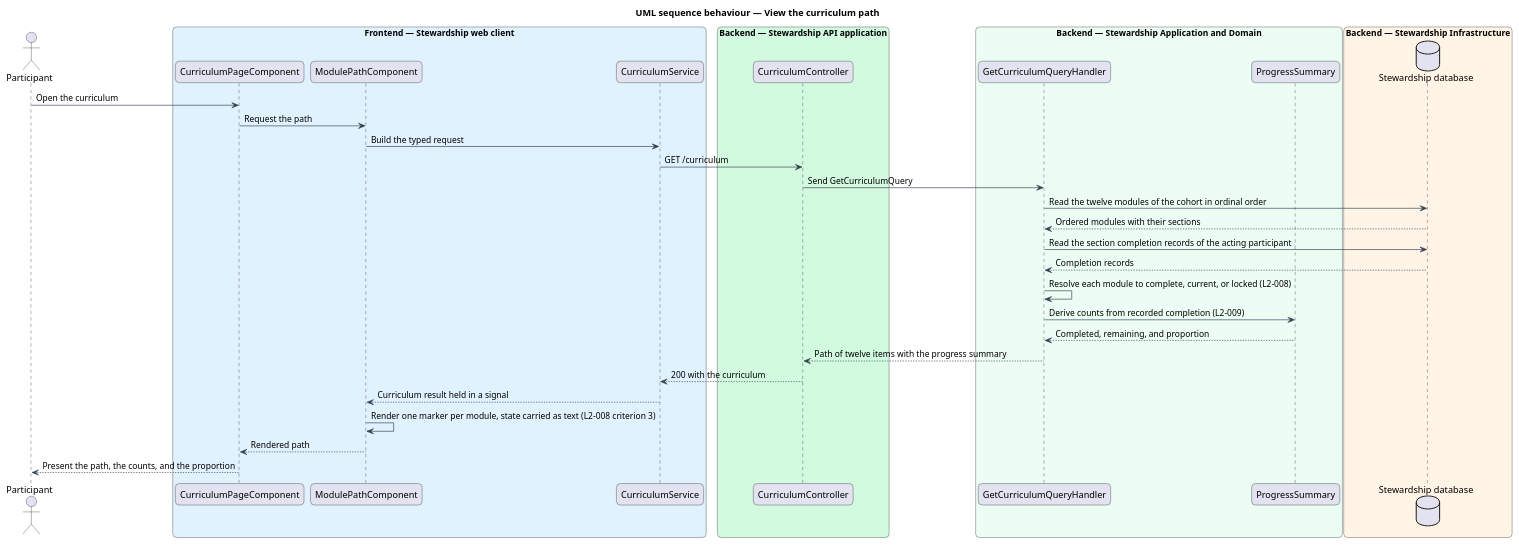
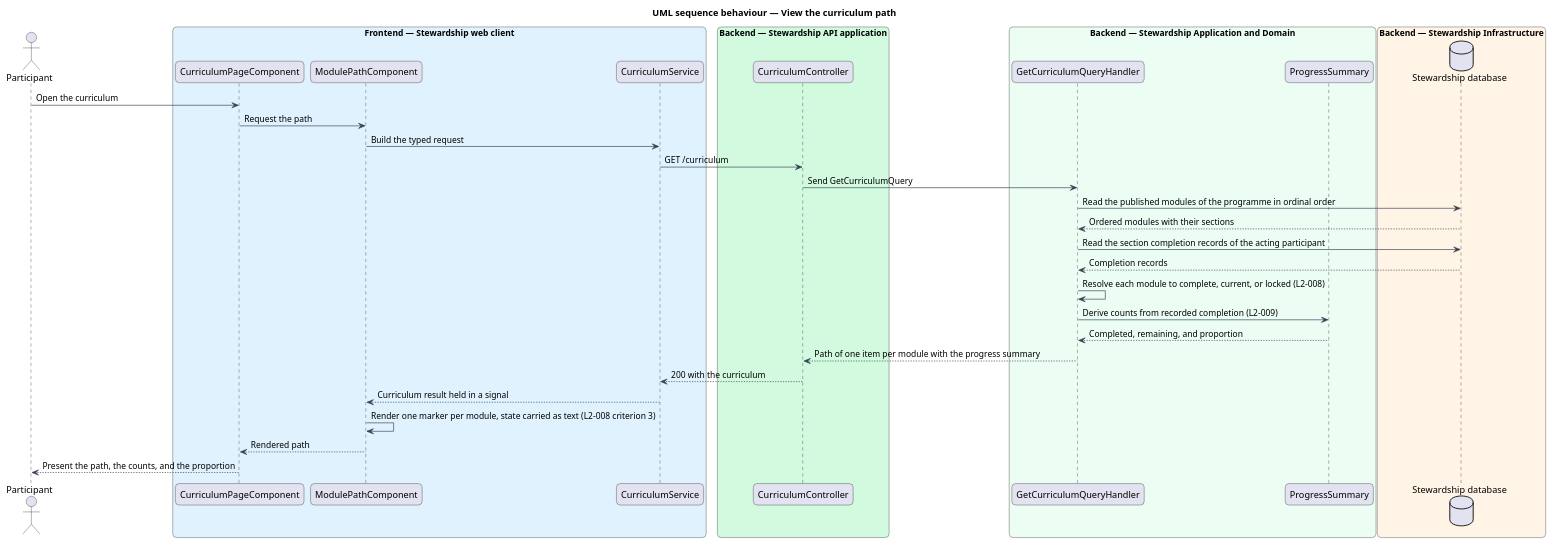
One commit to QuinntyneBrown/quinntyne-brown-stewardship changed the diagram in docs/detailed-designs/curriculum/view-path/diagrams/sequence-view-path.puml. Above: the diagram before and after it, drawn with PlantUML. The commit also changed 85 other files, not shown here.

```diff
--- a/docs/detailed-designs/curriculum/view-path/diagrams/sequence-view-path.puml
+++ b/docs/detailed-designs/curriculum/view-path/diagrams/sequence-view-path.puml
@@ -1,52 +1,52 @@
 @startuml
 title UML sequence behaviour — View the curriculum path
 skinparam backgroundColor #FFFFFF
 skinparam shadowing false
 skinparam roundcorner 12
 skinparam defaultFontName Arial
 skinparam ArrowColor #344054
 skinparam rectangle {
   BorderColor #344054
   FontColor #101828
 }
 skinparam package {
   BorderColor #667085
   FontColor #101828
   BackgroundColor #F9FAFB
 }
 actor "Participant" as actor
 box "Frontend — Stewardship web client" #E0F2FE
   participant "CurriculumPageComponent" as page
   participant "ModulePathComponent" as path
   participant "CurriculumService" as client
 end box
 box "Backend — Stewardship API application" #D1FADF
   participant "CurriculumController" as controller
 end box
 box "Backend — Stewardship Application and Domain" #ECFDF3
   participant "GetCurriculumQueryHandler" as handler
   participant "ProgressSummary" as summary
 end box
 box "Backend — Stewardship Infrastructure" #FFF4E5
   database "Stewardship database" as db
 end box
 
 actor -> page : Open the curriculum
 page -> path : Request the path
 path -> client : Build the typed request
 client -> controller : GET /curriculum
 controller -> handler : Send GetCurriculumQuery
-handler -> db : Read the twelve modules of the cohort in ordinal order
+handler -> db : Read the published modules of the programme in ordinal order
 db --> handler : Ordered modules with their sections
 handler -> db : Read the section completion records of the acting participant
 db --> handler : Completion records
 handler -> handler : Resolve each module to complete, current, or locked (L2-008)
 handler -> summary : Derive counts from recorded completion (L2-009)
 summary --> handler : Completed, remaining, and proportion
-handler --> controller : Path of twelve items with the progress summary
+handler --> controller : Path of one item per module with the progress summary
 controller --> client : 200 with the curriculum
 client --> path : Curriculum result held in a signal
 path -> path : Render one marker per module, state carried as text (L2-008 criterion 3)
 path --> page : Rendered path
 page --> actor : Present the path, the counts, and the proportion
 @enduml
```
